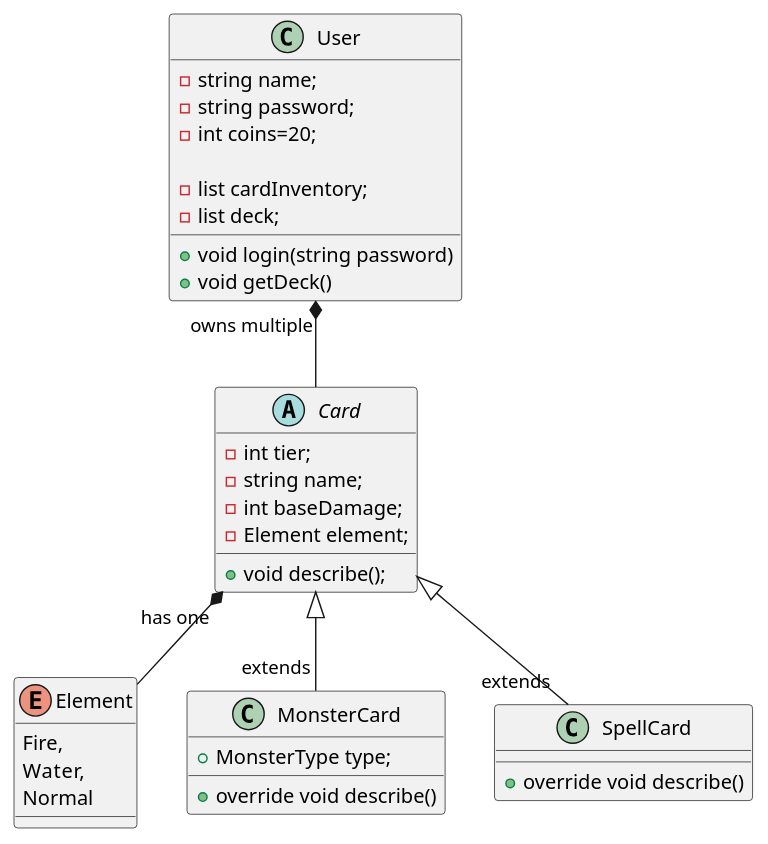
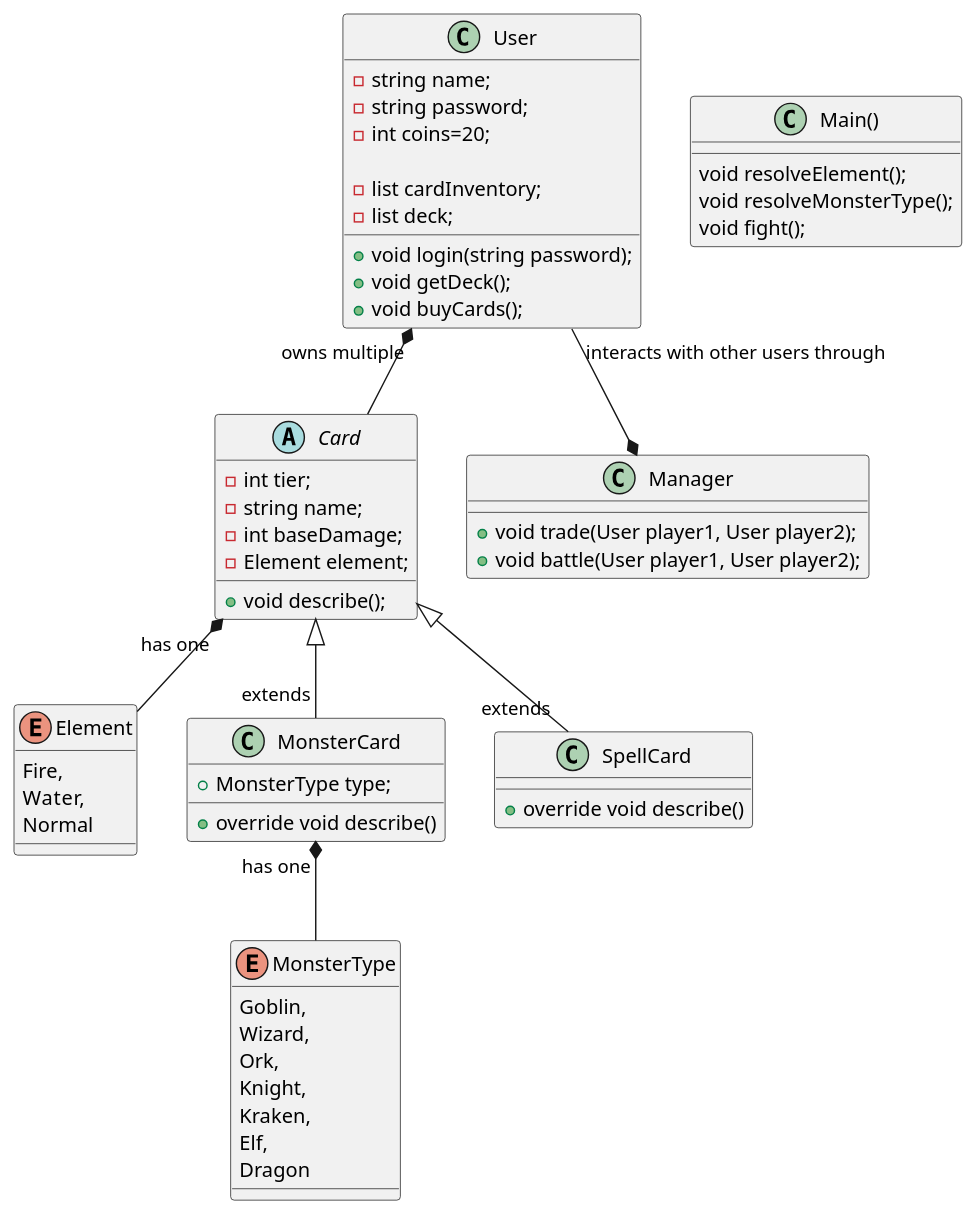
One commit to pjn2003/MCTG changed the diagram in src/main/java/test.puml. Above: the diagram before and after it, drawn with PlantUML.

```diff
--- a/src/main/java/test.puml
+++ b/src/main/java/test.puml
@@ -1,51 +1,76 @@
 @startuml
 class User {
 -string name;
 -string password;
 -int coins=20;
 
 -list cardInventory;
 -list deck;
-+void login(string password)
-+void getDeck()
++void login(string password);
++void getDeck();
++void buyCards();
 }
 
 enum Element{
 Fire,
 Water,
 Normal
 }
 
 abstract class Card
 {
 
 -int tier;
 -string name;
 -int baseDamage;
 -Element element;
 
 +void describe();
 
 }
 
+class Manager
+{
+    +void trade(User player1, User player2);
+    +void battle(User player1, User player2);
+}
+
+class Main()
+{
+    void resolveElement();
+    void resolveMonsterType();
+    void fight();
+}
 
 
+enum MonsterType
+{
+    Goblin,
+        Wizard,
+        Ork,
+        Knight,
+        Kraken,
+        Elf,
+        Dragon
+}
 
 class MonsterCard
 {
 +MonsterType type;
 +override void describe()
 }
 class SpellCard
 {
 +override void describe()
 }
 
 Card <|-- "extends" MonsterCard
 Card <|-- "extends" SpellCard
 
 User "owns multiple" *-- Card
 Card "has one" *-- Element
 
+MonsterCard "has one" *-- MonsterType
+User "interacts with other users through" --* Manager
 
 @enduml
```
